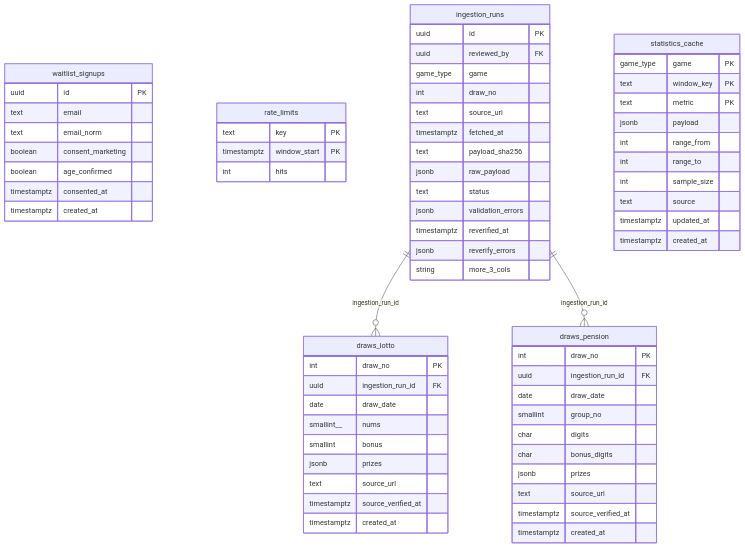
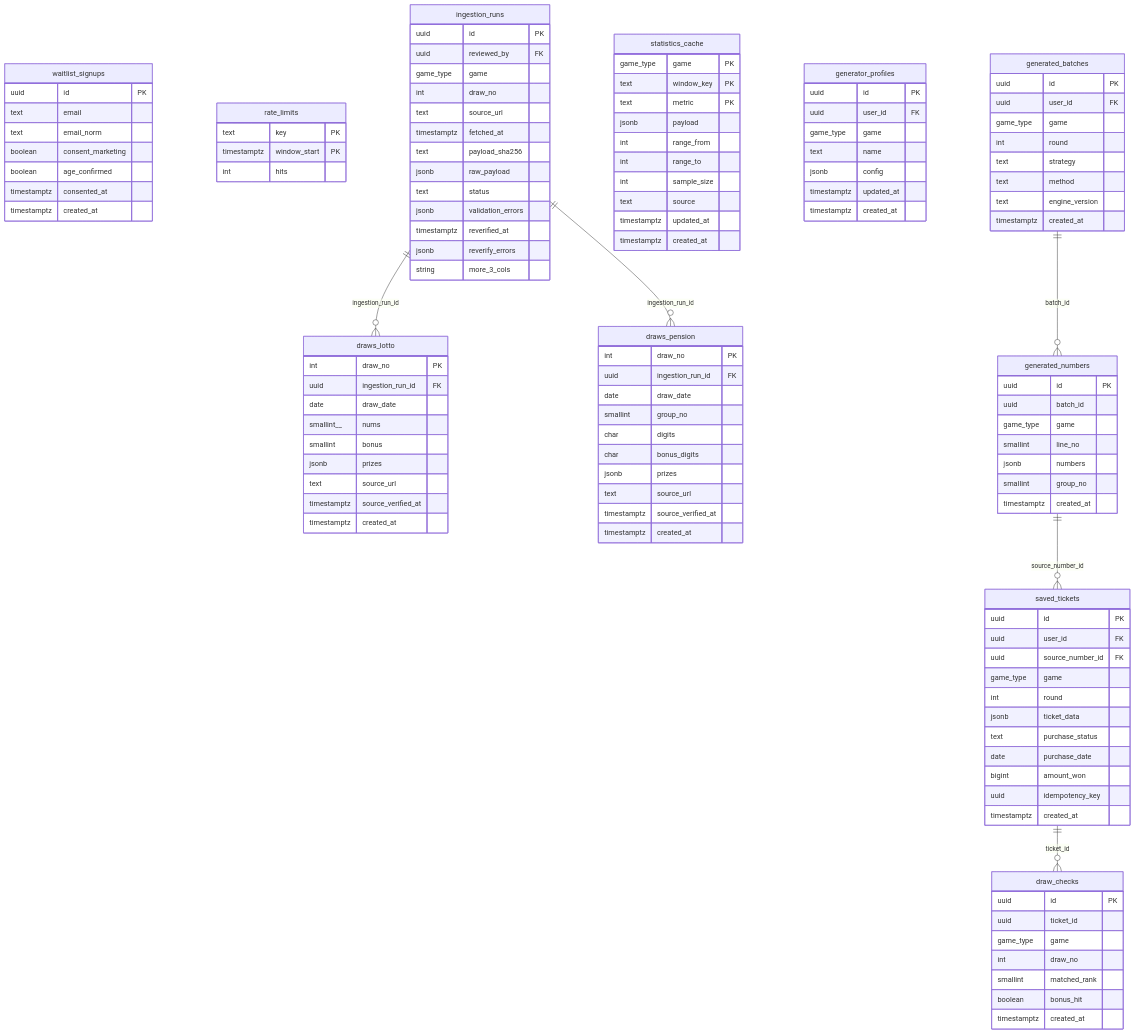
Before and after one commit to DevOps0906/LOTTO-LAB: the diagram in docs/diagrams/erd.mmd, drawn with Mermaid. The commit also changed 7 other files, not shown here.

First line of the commit message:
[task-008] 사용자 스키마(generator_profiles·generated_batches·generated_numbers·saved_tickets·draw_checks)와 RLS·열 권한·상태 전환 트리거

```diff
--- a/docs/diagrams/erd.mmd
+++ b/docs/diagrams/erd.mmd
@@ -1,67 +1,120 @@
 erDiagram
   waitlist_signups {
     uuid id PK
     text email
     text email_norm
     boolean consent_marketing
     boolean age_confirmed
     timestamptz consented_at
     timestamptz created_at
   }
   rate_limits {
     text key PK
     timestamptz window_start PK
     int hits
   }
   ingestion_runs {
     uuid id PK
     uuid reviewed_by FK
     game_type game
     int draw_no
     text source_url
     timestamptz fetched_at
     text payload_sha256
     jsonb raw_payload
     text status
     jsonb validation_errors
     timestamptz reverified_at
     jsonb reverify_errors
     string more_3_cols
   }
   draws_lotto {
     int draw_no PK
     uuid ingestion_run_id FK
     date draw_date
     smallint__ nums
     smallint bonus
     jsonb prizes
     text source_url
     timestamptz source_verified_at
     timestamptz created_at
   }
   draws_pension {
     int draw_no PK
     uuid ingestion_run_id FK
     date draw_date
     smallint group_no
     char digits
     char bonus_digits
     jsonb prizes
     text source_url
     timestamptz source_verified_at
     timestamptz created_at
   }
   statistics_cache {
     game_type game PK
     text window_key PK
     text metric PK
     jsonb payload
     int range_from
     int range_to
     int sample_size
     text source
     timestamptz updated_at
     timestamptz created_at
   }
+  generator_profiles {
+    uuid id PK
+    uuid user_id FK
+    game_type game
+    text name
+    jsonb config
+    timestamptz updated_at
+    timestamptz created_at
+  }
+  generated_batches {
+    uuid id PK
+    uuid user_id FK
+    game_type game
+    int round
+    text strategy
+    text method
+    text engine_version
+    timestamptz created_at
+  }
+  generated_numbers {
+    uuid id PK
+    uuid batch_id
+    game_type game
+    smallint line_no
+    jsonb numbers
+    smallint group_no
+    timestamptz created_at
+  }
+  saved_tickets {
+    uuid id PK
+    uuid user_id FK
+    uuid source_number_id FK
+    game_type game
+    int round
+    jsonb ticket_data
+    text purchase_status
+    date purchase_date
+    bigint amount_won
+    uuid idempotency_key
+    timestamptz created_at
+  }
+  draw_checks {
+    uuid id PK
+    uuid ticket_id
+    game_type game
+    int draw_no
+    smallint matched_rank
+    boolean bonus_hit
+    timestamptz created_at
+  }
   ingestion_runs ||--o{ draws_lotto : "ingestion_run_id"
   ingestion_runs ||--o{ draws_pension : "ingestion_run_id"
+  generated_batches ||--o{ generated_numbers : "batch_id"
+  generated_numbers ||--o{ saved_tickets : "source_number_id"
+  saved_tickets ||--o{ draw_checks : "ticket_id"
```
